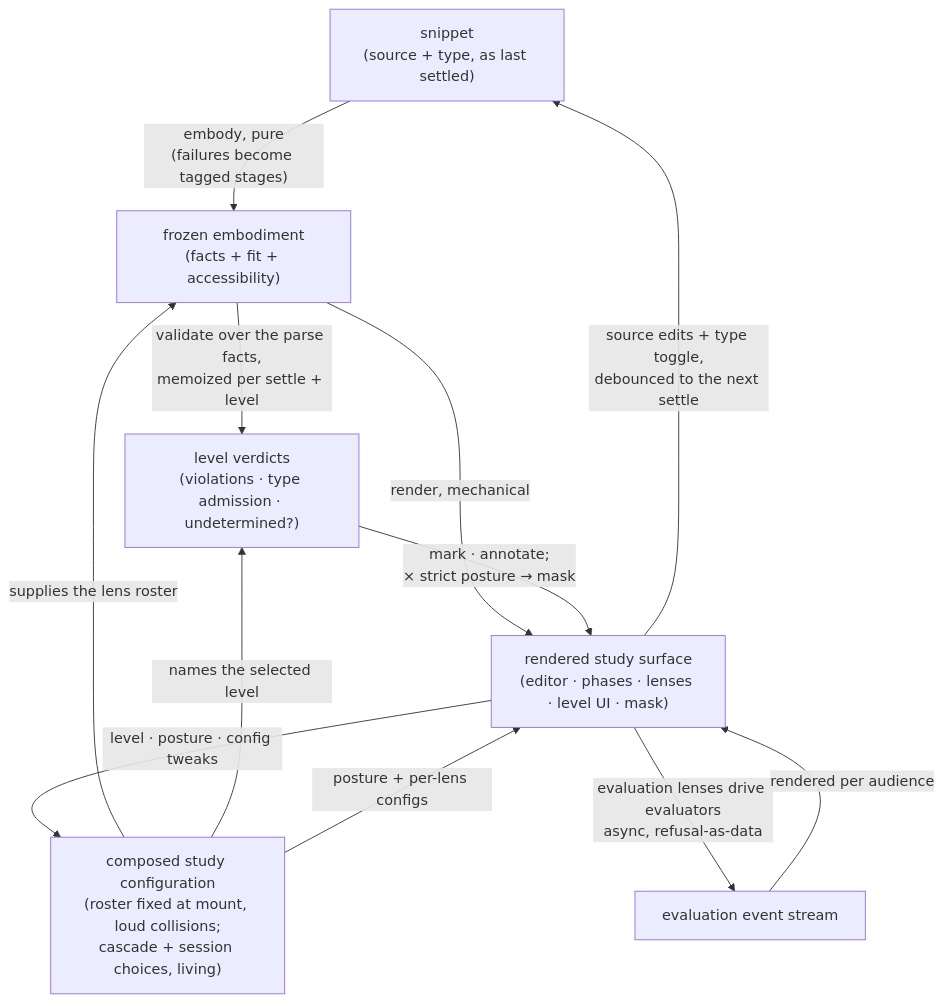
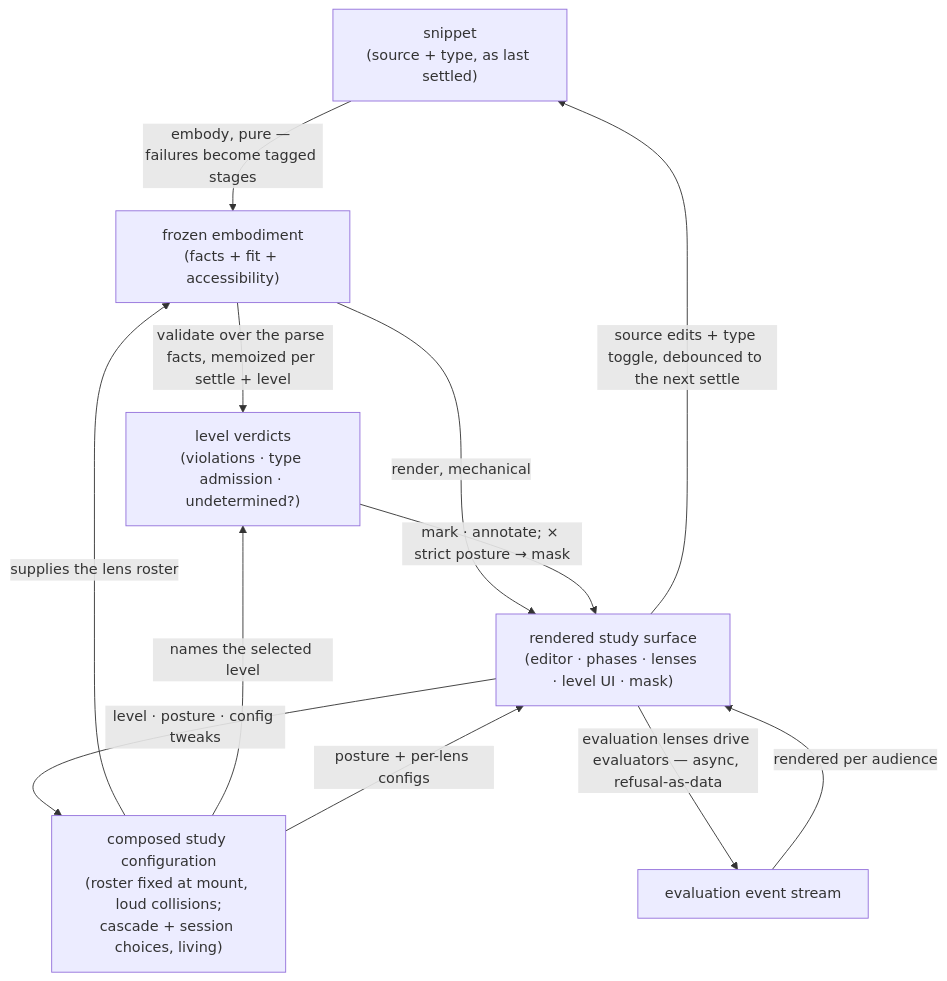
One commit to codeschoolinabox/curricula changed the diagram in src/lib/study-lenses/DOCS.md. Above: the diagram before and after it, drawn with Mermaid. The commit also changed 1 other file, not shown here.

Commit message:
docs: reframe the story to package scope, restore the layer table, and fix mermaid edge labels

````diff
--- a/src/lib/study-lenses/DOCS.md
+++ b/src/lib/study-lenses/DOCS.md
@@ -62,20 +62,20 @@
 ```mermaid
 flowchart TD
     SNP["snippet<br/>(source + type, as last settled)"]
     CFG["composed study configuration<br/>(roster fixed at mount, loud collisions;<br/>cascade + session choices, living)"]
     EMB["frozen embodiment<br/>(facts + fit + accessibility)"]
     VER["level verdicts<br/>(violations · type admission · undetermined?)"]
     SUR["rendered study surface<br/>(editor · phases · lenses · level UI · mask)"]
     EVT["evaluation event stream"]
-    SNP -->|"embody, pure<br/>(failures become tagged stages)"| EMB
+    SNP -->|"embody, pure — failures become tagged stages"| EMB
     CFG -->|"supplies the lens roster"| EMB
-    EMB -->|"validate over the parse facts,<br/>memoized per settle + level"| VER
+    EMB -->|"validate over the parse facts, memoized per settle + level"| VER
     CFG -->|"names the selected level"| VER
     EMB -->|"render, mechanical"| SUR
-    VER -->|"mark · annotate;<br/>× strict posture → mask"| SUR
+    VER -->|"mark · annotate; × strict posture → mask"| SUR
     CFG -->|"posture + per-lens configs"| SUR
-    SUR -->|"source edits + type toggle,<br/>debounced to the next settle"| SNP
+    SUR -->|"source edits + type toggle, debounced to the next settle"| SNP
     SUR -->|"level · posture · config tweaks"| CFG
-    SUR -->|"evaluation lenses drive evaluators<br/>async, refusal-as-data"| EVT
+    SUR -->|"evaluation lenses drive evaluators — async, refusal-as-data"| EVT
     EVT -->|"rendered per audience"| SUR
 ```
````
